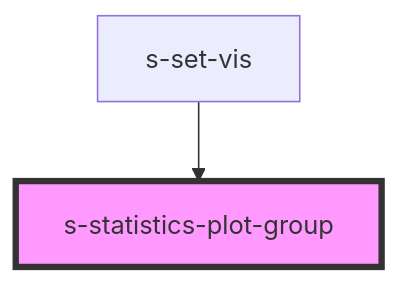
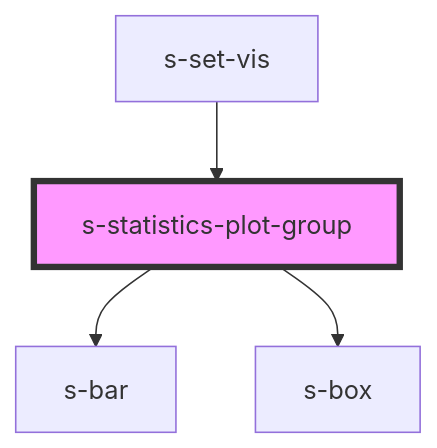
The diagram in src/components/s-statistics-plot-group/readme.md (SeanWong24/set-vis), drawn with Mermaid before and after one commit. The commit also changed other lines of this file and 6 other files, not shown here.

Commit message:
add background colors to statistics plot group

````diff
--- a/src/components/s-statistics-plot-group/readme.md
+++ b/src/components/s-statistics-plot-group/readme.md
@@ -22,5 +32,7 @@
 ```mermaid
 graph TD;
+  s-statistics-plot-group --> s-bar
+  s-statistics-plot-group --> s-box
   s-set-vis --> s-statistics-plot-group
   style s-statistics-plot-group fill:#f9f,stroke:#333,stroke-width:4px
 ```
````
